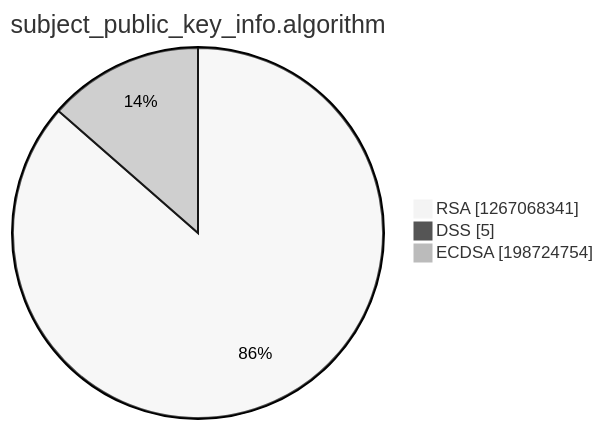
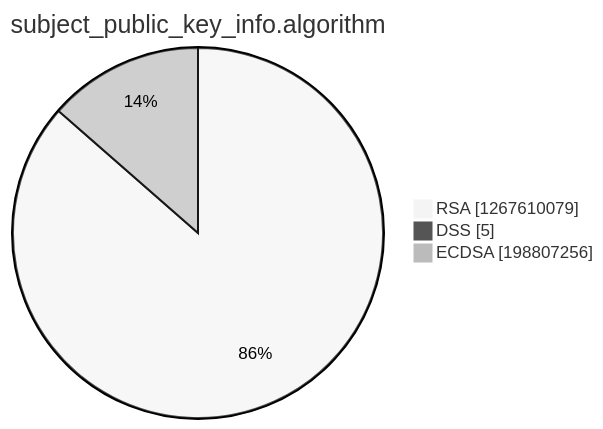
One commit to christiankrug/ctmonitor_visualization changed the third of 15 diagrams in argon2022/README.md. Above: the diagram before and after it, drawn with Mermaid (neutral theme). The commit also changed other lines of this file, not shown here.

````diff
--- a/argon2022/README.md
+++ b/argon2022/README.md
@@ -14,7 +14,7 @@
 ```mermaid
 pie showData
 title subject_public_key_info.algorithm
-"RSA" :1267068341
+"RSA" :1267610079
 "DSS" :5
-"ECDSA" :198724754
+"ECDSA" :198807256
 ```
````
